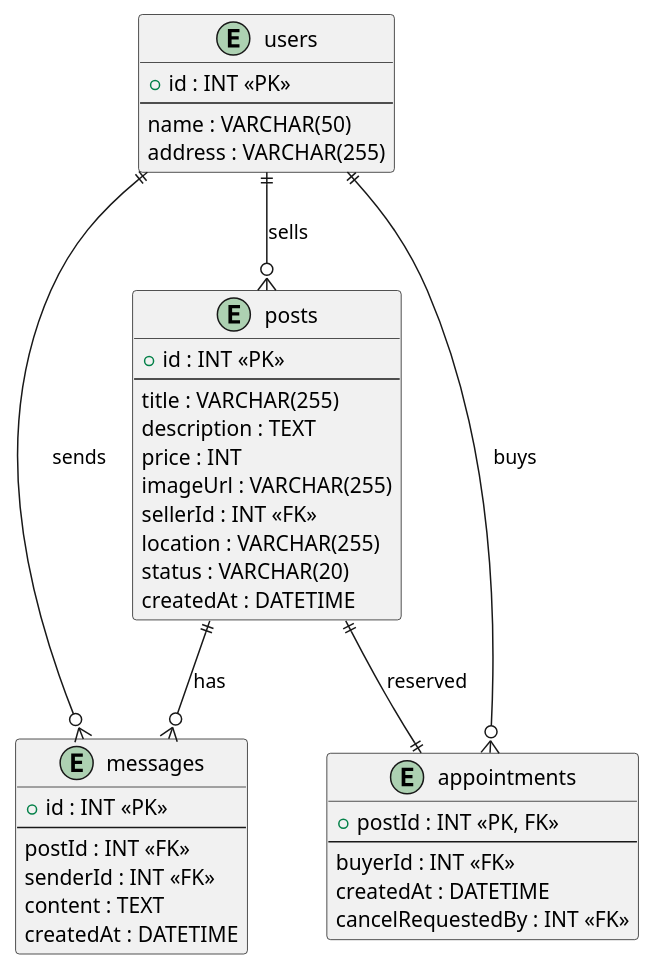
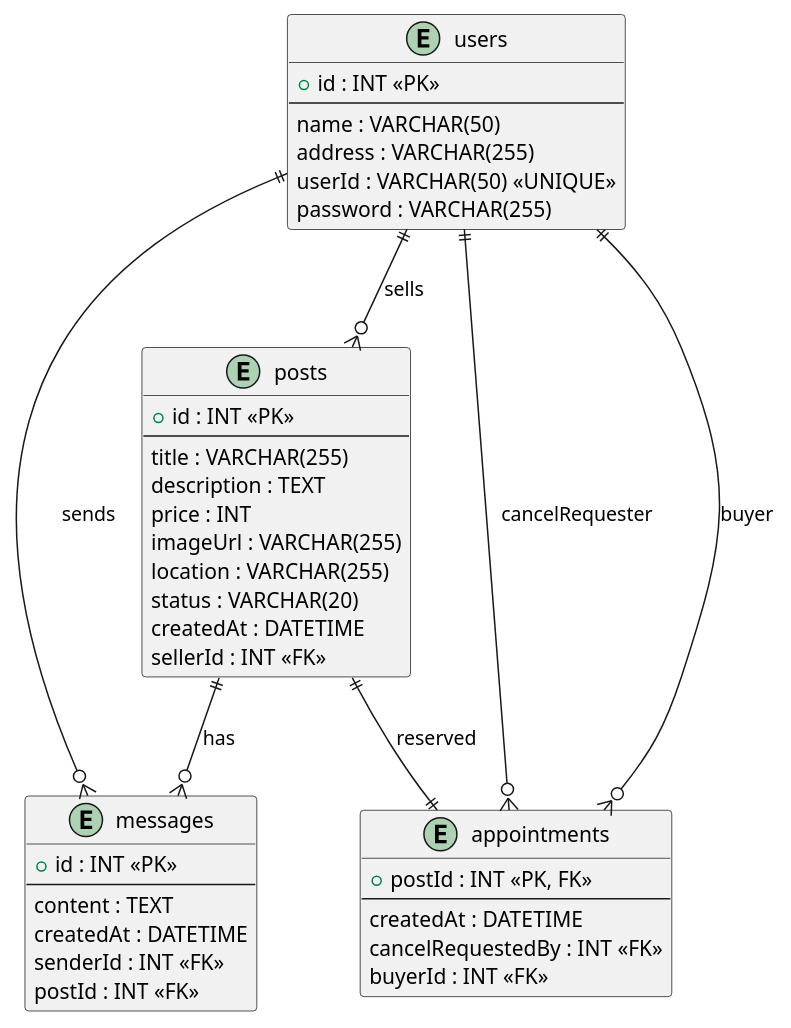
The diagram in db.plantUML (bermute/node-market-v1), drawn with PlantUML before and after one commit. The commit also changed 18 other files, not shown here.

```diff
--- a/db.plantUML
+++ b/db.plantUML
@@ -1,61 +1,65 @@
 @startuml
-' =========================
-' Users Table
-' =========================
+' ===============================
+' Users
+' ===============================
 entity users {
-  + id : INT <<PK>>
+  +id : INT <<PK>>
   --
   name : VARCHAR(50)
   address : VARCHAR(255)
+  userId : VARCHAR(50) <<UNIQUE>>
+  password : VARCHAR(255)
 }
 
-' =========================
-' Posts Table
-' =========================
+' ===============================
+' Posts
+' ===============================
 entity posts {
-  + id : INT <<PK>>
+  +id : INT <<PK>>
   --
   title : VARCHAR(255)
   description : TEXT
   price : INT
   imageUrl : VARCHAR(255)
-  sellerId : INT <<FK>>
   location : VARCHAR(255)
   status : VARCHAR(20)
   createdAt : DATETIME
+  sellerId : INT <<FK>>
 }
 
-' =========================
-' Messages Table
-' =========================
+' ===============================
+' Messages
+' ===============================
 entity messages {
-  + id : INT <<PK>>
+  +id : INT <<PK>>
   --
-  postId : INT <<FK>>
-  senderId : INT <<FK>>
   content : TEXT
   createdAt : DATETIME
+  senderId : INT <<FK>>
+  postId : INT <<FK>>
 }
 
-' =========================
-' Appointments Table
-' =========================
+' ===============================
+' Appointments
+' ===============================
 entity appointments {
-  + postId : INT <<PK, FK>>
+  +postId : INT <<PK, FK>>
   --
-  buyerId : INT <<FK>>
   createdAt : DATETIME
   cancelRequestedBy : INT <<FK>>
+  buyerId : INT <<FK>>
 }
 
-' =========================
+' ===============================
 ' Relationships
-' =========================
+' ===============================
 
 users ||--o{ posts : sells
 users ||--o{ messages : sends
+users ||--o{ appointments : buyer
+users ||--o{ appointments : cancelRequester
+
 posts ||--o{ messages : has
 posts ||--|| appointments : reserved
-users ||--o{ appointments : buys
 
 @enduml
```
